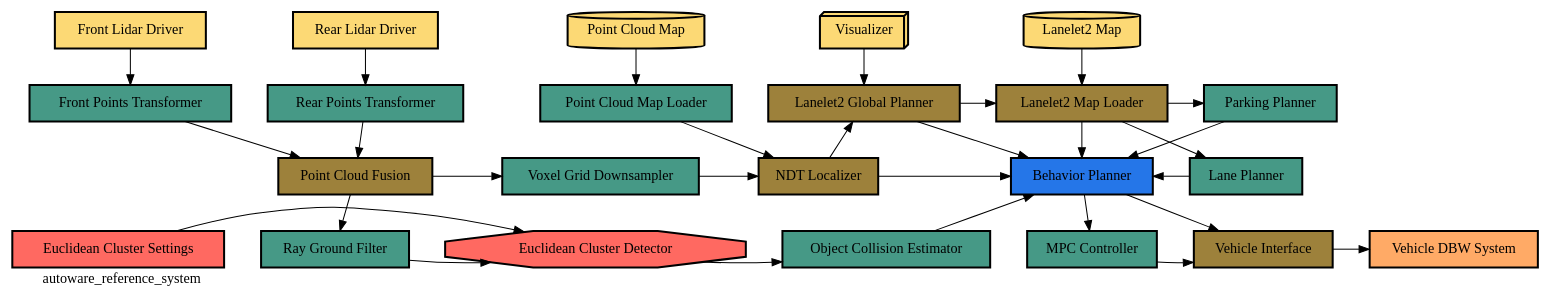
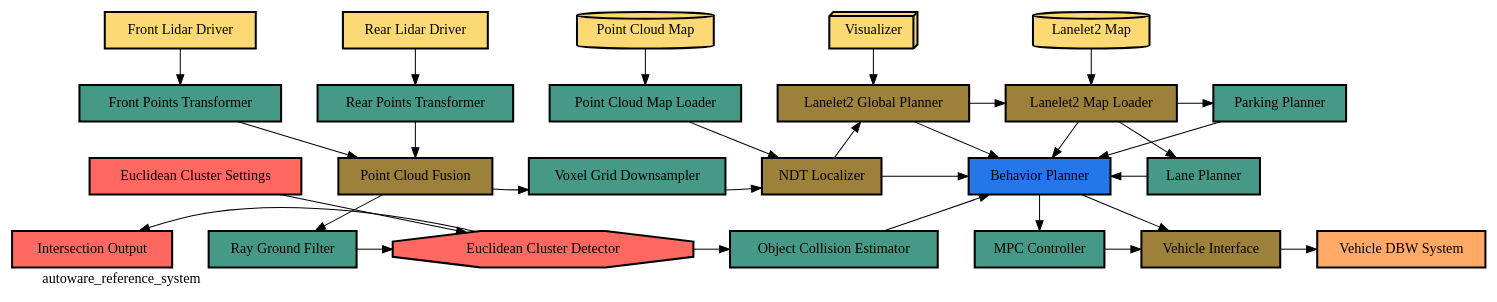
The diagram in autoware_reference_system/autoware_reference_system.dot (ros-realtime/reference-system), drawn with Graphviz before and after one commit. The commit also changed 1 other file, not shown here.

Commit message:
update node graph

```diff
--- a/autoware_reference_system/autoware_reference_system.dot
+++ b/autoware_reference_system/autoware_reference_system.dot
@@ -1,124 +1,137 @@
 digraph G {
     labelloc="b";
     labeljust="l";
     label="autoware_reference_system";
     nodesep=0.5;
     node [shape=box, style=filled, penwidth=2, ordering=in];
     edge [weight=8];
     /* Declare all nodes and style them */
     node [fillcolor="#FCD975"];
     "Front Lidar Driver";
     "Rear Lidar Driver";
     "Point Cloud Map" [shape=cylinder];
     "Visualizer" [shape=box3d];
     "Lanelet2 Map" [shape=cylinder];
 
     node [fillcolor="#469986"];
     "Front Points Transformer";
     "Rear Points Transformer";
     "Point Cloud Map Loader";
     "Voxel Grid Downsampler";
     "Ray Ground Filter";
     "Object Collision Estimator";
     "MPC Controller";
     "Lane Planner";
     "Parking Planner";
 
     node [fillcolor="#FF6961"];
     "Euclidean Cluster Settings" [shape=box];
+    "Intersection Output" [shape=box];
     "Euclidean Cluster Detector" [shape=octagon];
     
     node [fillcolor="#9D813B"];
     "Point Cloud Fusion";
     "NDT Localizer";
     "Vehicle Interface";
     "Lanelet2 Map Loader";
     "Lanelet2 Global Planner";
 
     node [fillcolor="#2576E8"];
     "Behavior Planner";
 
     node [fillcolor="#ffaa66"];
     "Vehicle DBW System";
 
     /* Declare all edges and style them */
     /* rank 1 */
     {
       rank = same;
       "Front Lidar Driver";
       "Rear Lidar Driver";
       "Point Cloud Map";
       "Visualizer";
       "Lanelet2 Map";
     }
     "Front Lidar Driver" -> "Front Points Transformer";
     "Rear Lidar Driver" -> "Rear Points Transformer";
     "Point Cloud Map" -> "Point Cloud Map Loader";
     "Visualizer" -> "Lanelet2 Global Planner";
     "Lanelet2 Map" -> "Lanelet2 Map Loader";
 
     /* rank 2 */
     {
       rank = same;
       "Front Points Transformer";
       "Rear Points Transformer";
       "Point Cloud Map Loader";
       "Lanelet2 Global Planner";
       "Lanelet2 Map Loader";
       "Parking Planner";
     }
     "Front Points Transformer" -> "Point Cloud Fusion";
     "Rear Points Transformer" -> "Point Cloud Fusion";
     "Point Cloud Map Loader" -> "NDT Localizer";
     "Lanelet2 Global Planner" -> "Lanelet2 Map Loader";
     "Lanelet2 Global Planner" -> "Behavior Planner";
     "Lanelet2 Map Loader" -> "Behavior Planner";
     "Lanelet2 Map Loader" -> "Parking Planner";
     "Parking Planner" -> "Behavior Planner";
     "Lanelet2 Map Loader" -> "Lane Planner" [constraint=false];
 
     /* rank 3 */
     {
       rank = same;
+      "Euclidean Cluster Settings";
       "Point Cloud Fusion";
       "Voxel Grid Downsampler";
       "NDT Localizer";
       "Behavior Planner";
       "Lane Planner";
     };
+    "Euclidean Cluster Settings" -> "Euclidean Cluster Detector";
     "Point Cloud Fusion" -> "Ray Ground Filter";
     "Point Cloud Fusion" -> "Voxel Grid Downsampler";
     "Voxel Grid Downsampler" -> "NDT Localizer";
     "NDT Localizer" -> "Behavior Planner";
     "NDT Localizer" -> "Lanelet2 Global Planner";
 
     "Behavior Planner" -> "MPC Controller";
     "Behavior Planner" -> "Vehicle Interface";
     "Lane Planner" -> "Behavior Planner" [constraint=false];
+    {
+      rank = same;
+      edge[style=invis];
+      "Euclidean Cluster Settings" -> "Point Cloud Fusion" -> "Voxel Grid Downsampler" -> "NDT Localizer";
+      rankdir = LR;
+    }
 
+    {
+      rank = same;
+      edge[style=invis];
+      "Intersection Output" -> "Ray Ground Filter" -> "Euclidean Cluster Detector" -> "Object Collision Estimator" -> "MPC Controller" -> "Vehicle Interface";
+      rankdir = LR;
+    }
     /* rank 4 */
     {
       rank = same;
-      "Euclidean Cluster Settings";
+      "Intersection Output";
       "Ray Ground Filter";
       "Euclidean Cluster Detector";
       "Object Collision Estimator";
       "MPC Controller";
       "Vehicle Interface";
       "Vehicle DBW System" [constraint=false];
     }
-    "Euclidean Cluster Settings" -> "Euclidean Cluster Detector";
+    "Euclidean Cluster Detector" -> "Intersection Output" [constraint=false];
     "Ray Ground Filter" -> "Euclidean Cluster Detector";
     "Euclidean Cluster Detector" -> "Object Collision Estimator";
     "Object Collision Estimator" -> "Behavior Planner";
     "MPC Controller" -> "Vehicle Interface";
     "Vehicle Interface" -> "Vehicle DBW System";
-    
-     {
-       rank = same;
-       edge[style=invis];
-       "Euclidean Cluster Settings" -> "Ray Ground Filter" -> "Euclidean Cluster Detector" -> "Object Collision Estimator" -> "MPC Controller" -> "Vehicle Interface";
-       rankdir = LR;
-     }
-    
+    {
+      rank = same;
+      edge[style=invis];
+      "Intersection Output" -> "Ray Ground Filter" -> "Euclidean Cluster Detector" -> "Object Collision Estimator" -> "MPC Controller" -> "Vehicle Interface";
+      rankdir = LR;
+    }
 }
```
